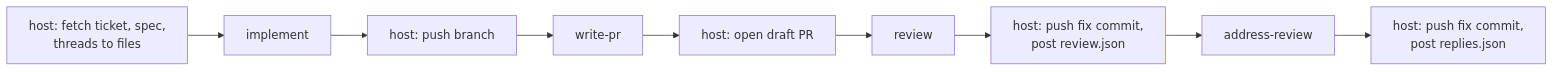
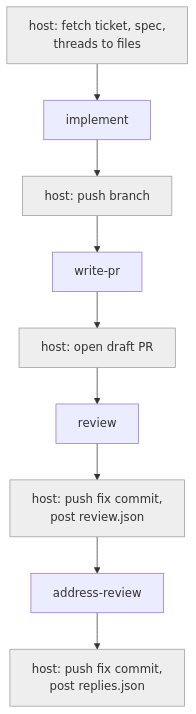
Before and after one commit to SiliconDali/sd-runner: the diagram in README.md, drawn with Mermaid. The commit also changed other lines of this file, not shown here.

Commit message:
README: diagram top to bottom, host steps grey (#13)

````diff
--- a/README.md
+++ b/README.md
@@ -30,11 +30,13 @@
 ```mermaid
-flowchart LR
+flowchart TD
   F[host: fetch ticket, spec,<br/>threads to files] --> I[implement]
   I --> P[host: push branch]
   P --> W[write-pr]
   W --> O[host: open draft PR]
   O --> R[review]
   R --> RP[host: push fix commit,<br/>post review.json]
   RP --> A[address-review]
   A --> AP[host: push fix commit,<br/>post replies.json]
+  classDef host fill:#eee,stroke:#999,color:#333
+  class F,P,O,RP,AP host
 ```
````
